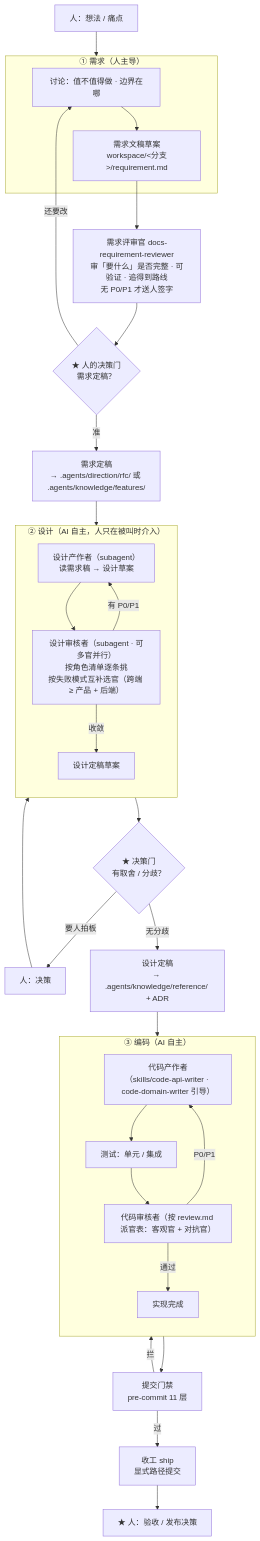
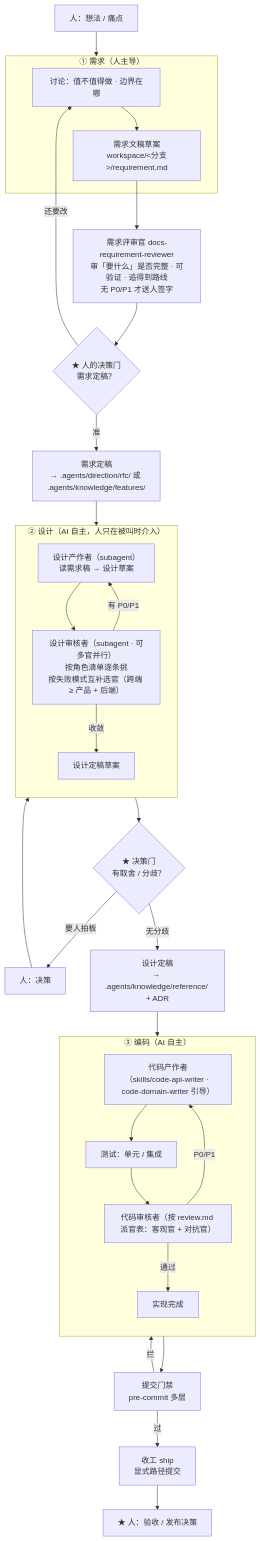
Before and after one commit to adaios/adaios: the seventh of 9 diagrams in .agents/rules/assets/ai-context-engineering.md, drawn with Mermaid. The commit also changed other lines of this file and 13 other files, not shown here.

````diff
--- a/.agents/rules/assets/ai-context-engineering.md
+++ b/.agents/rules/assets/ai-context-engineering.md
@@ -235,48 +235,48 @@
 ```mermaid
 flowchart TD
     H0["人：想法 / 痛点"] --> P1
 
     subgraph P1["① 需求（人主导）"]
         D1["讨论：值不值得做 · 边界在哪"]
         D2["需求文稿草案<br/>workspace/&lt;分支&gt;/requirement.md"]
         D1 --> D2
     end
 
     D2 --> RV["需求评审官 docs-requirement-reviewer<br/>审「要什么」是否完整 · 可验证 · 追得到路线<br/>无 P0/P1 才送人签字"]
     RV --> G1{"★ 人的决策门<br/>需求定稿？"}
     G1 -->|"还要改"| D1
     G1 -->|"准"| R1["需求定稿<br/>→ .agents/direction/rfc/ 或 .agents/knowledge/features/"]
 
     R1 --> P2
 
     subgraph P2["② 设计（AI 自主，人只在被叫时介入）"]
         direction TB
         DA["设计产作者（subagent）<br/>读需求稿 → 设计草案"]
         DV["设计审核者（subagent · 可多官并行）<br/>按角色清单逐条挑<br/>按失败模式互补选官（跨端 ≥ 产品 + 后端）"]
         DA --> DV
         DV -->|"有 P0/P1"| DA
         DV -->|"收敛"| D3["设计定稿草案"]
     end
 
     D3 --> G2{"★ 决策门<br/>有取舍 / 分歧？"}
     G2 -->|"要人拍板"| H1["人：决策"]
     H1 --> DA
     G2 -->|"无分歧"| R2["设计定稿<br/>→ .agents/knowledge/reference/ + ADR"]
 
     R2 --> P3
 
     subgraph P3["③ 编码（AI 自主）"]
         direction TB
         CA["代码产作者<br/>（skills/code-api-writer · code-domain-writer 引导）"]
         TS["测试：单元 / 集成"]
         CV["代码审核者（按 review.md 派官表：客观官 + 对抗官）"]
         CA --> TS --> CV
         CV -->|"P0/P1"| CA
         CV -->|"通过"| D4["实现完成"]
     end
 
-    D4 --> G3["提交门禁<br/>pre-commit 11 层"]
+    D4 --> G3["提交门禁<br/>pre-commit 多层"]
     G3 -->|"拦"| CA
     G3 -->|"过"| S1["收工 ship<br/>显式路径提交"]
     S1 --> H2["★ 人：验收 / 发布决策"]
 ```
````
